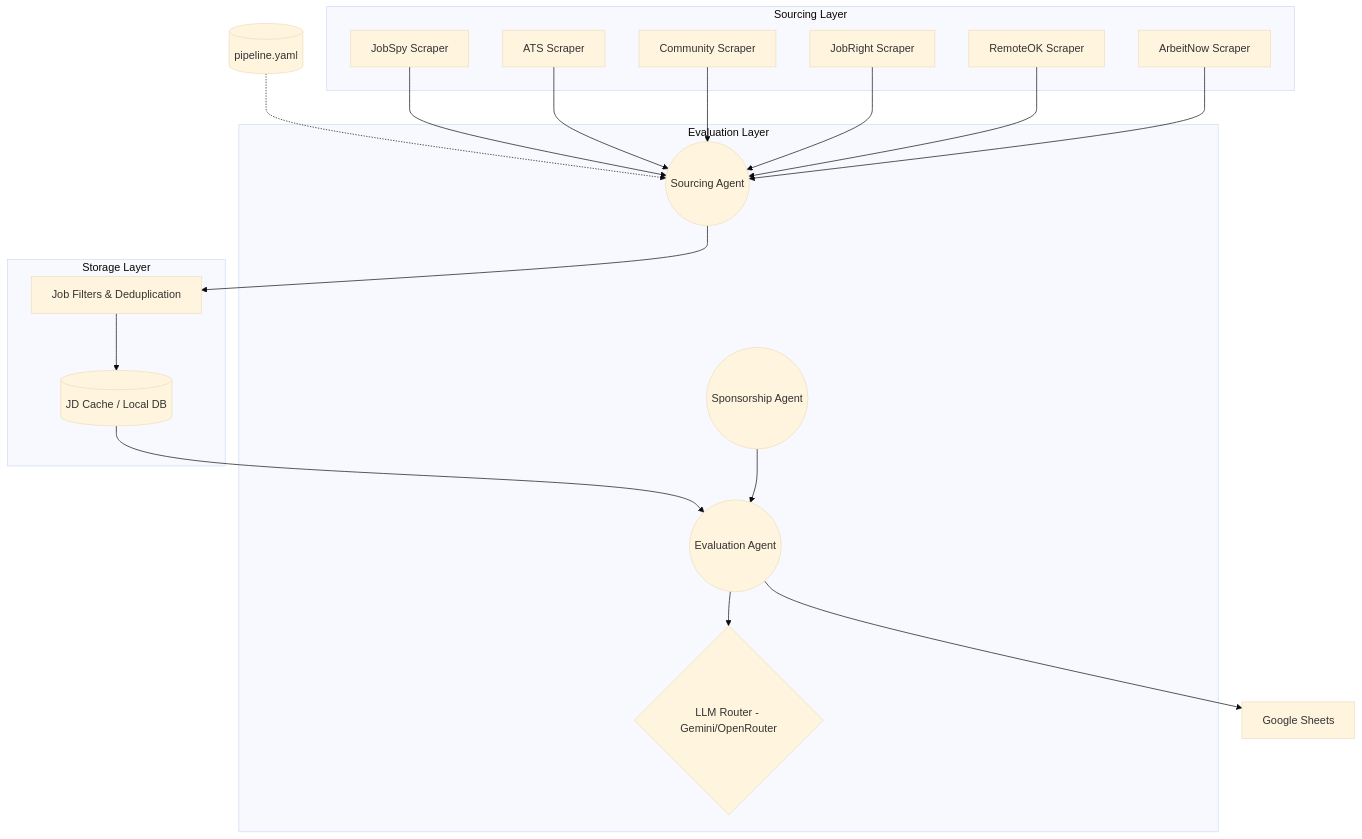
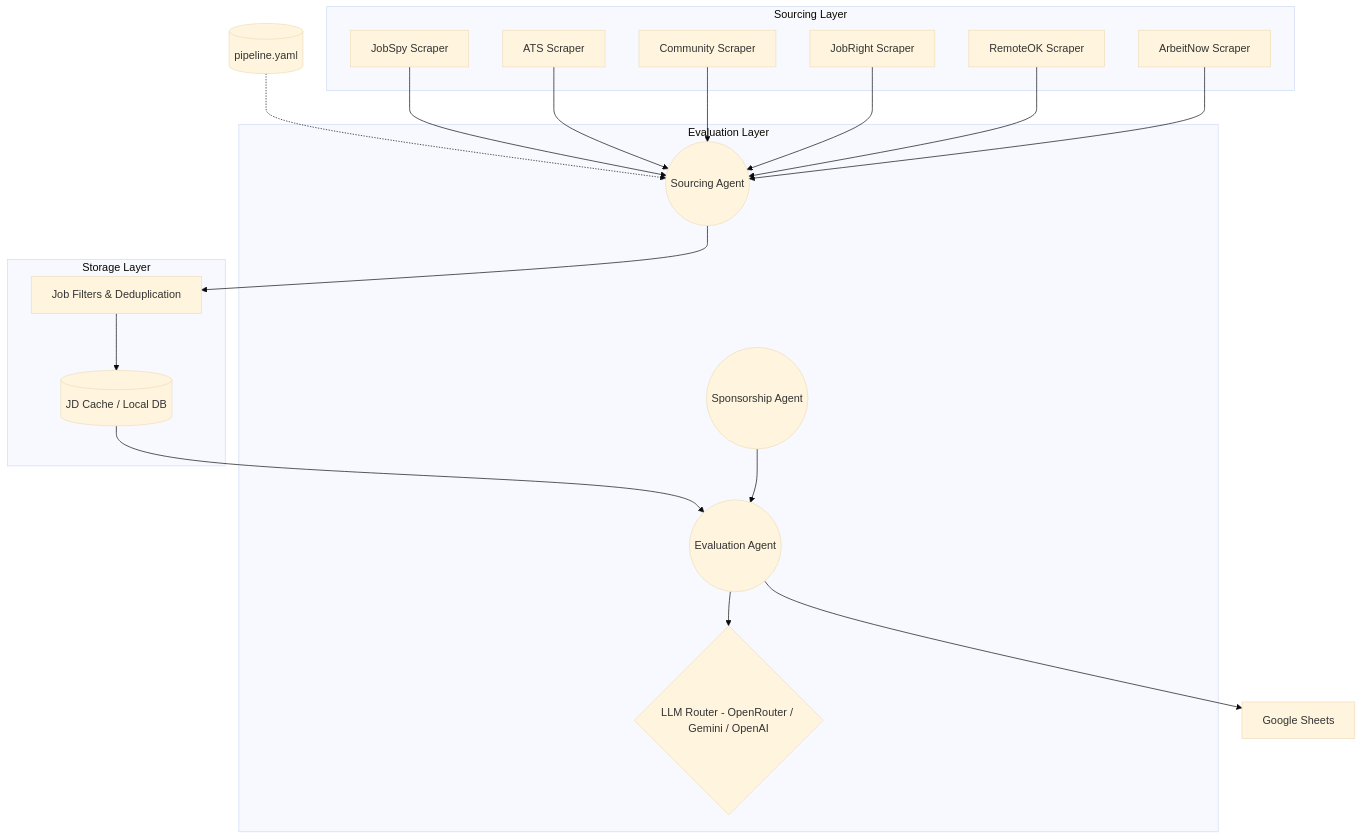
The diagram in docs/architecture.md (nagarajaabhishek/jobs), drawn with Mermaid (base theme) before and after one commit. The commit also changed 84 other files, not shown here.

````diff
--- a/docs/architecture.md
+++ b/docs/architecture.md
@@ -21,49 +21,49 @@
 ```mermaid
 graph TD
     %% Base Infrastructure
     Config[(pipeline.yaml)]
     GoogleSheets[Google Sheets]
 
     %% Sourcing Layer
     subgraph Sourcing Layer
         JobSpy[JobSpy Scraper]
         Community[Community Scraper]
         ATSScraper[ATS Scraper]
         JobRight[JobRight Scraper]
         RemoteOK[RemoteOK Scraper]
         ArbeitNow[ArbeitNow Scraper]
     end
 
     %% Storage Layer
     subgraph Storage Layer
         Filters[Job Filters & Deduplication]
         JDCache[(JD Cache / Local DB)]
     end
 
     %% Evaluation Layer
     subgraph Evaluation Layer
         SourcingAgent((Sourcing Agent))
         EvalAgent((Evaluation Agent))
         SponsorshipAgent((Sponsorship Agent))
-        LLMRouter{LLM Router - Gemini/OpenRouter}
+        LLMRouter{LLM Router - OpenRouter / Gemini / OpenAI}
     end
 
     %% Data Flow
     Config -.-> SourcingAgent
     JobSpy --> SourcingAgent
     ATSScraper --> SourcingAgent
     Community --> SourcingAgent
     JobRight --> SourcingAgent
     RemoteOK --> SourcingAgent
     ArbeitNow --> SourcingAgent
 
     SourcingAgent --> Filters
     Filters --> JDCache
     JDCache --> EvalAgent
 
     EvalAgent --> LLMRouter
     SponsorshipAgent --> EvalAgent
 
     %% Output
     EvalAgent --> GoogleSheets
 ```
````
